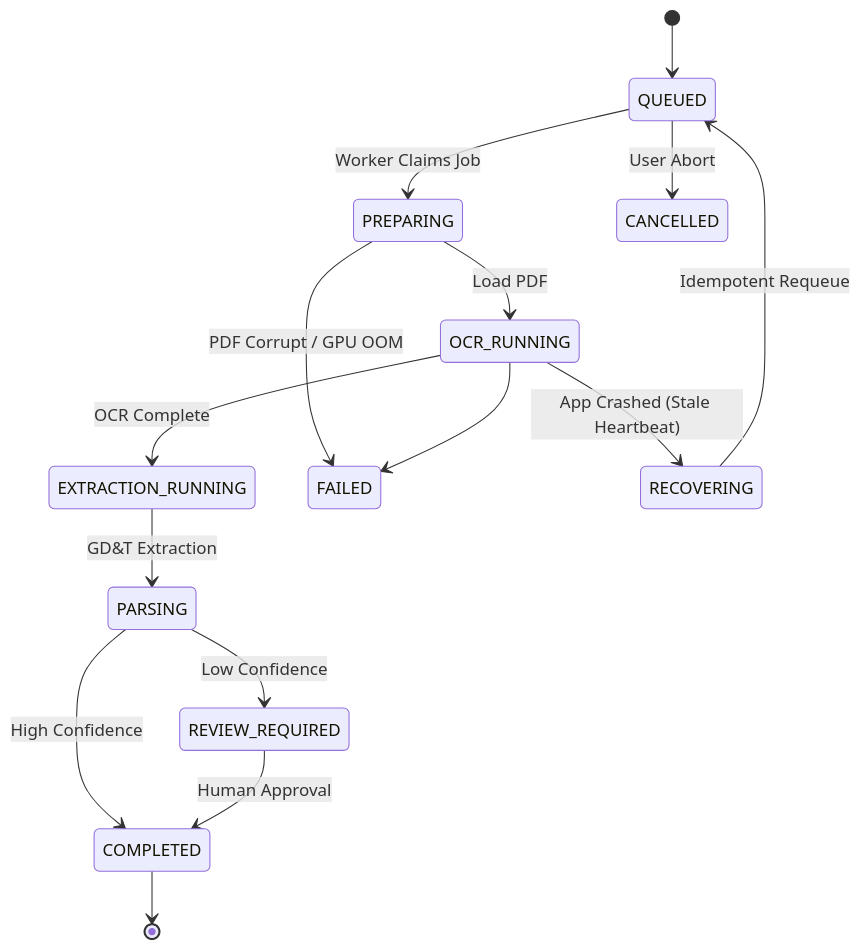
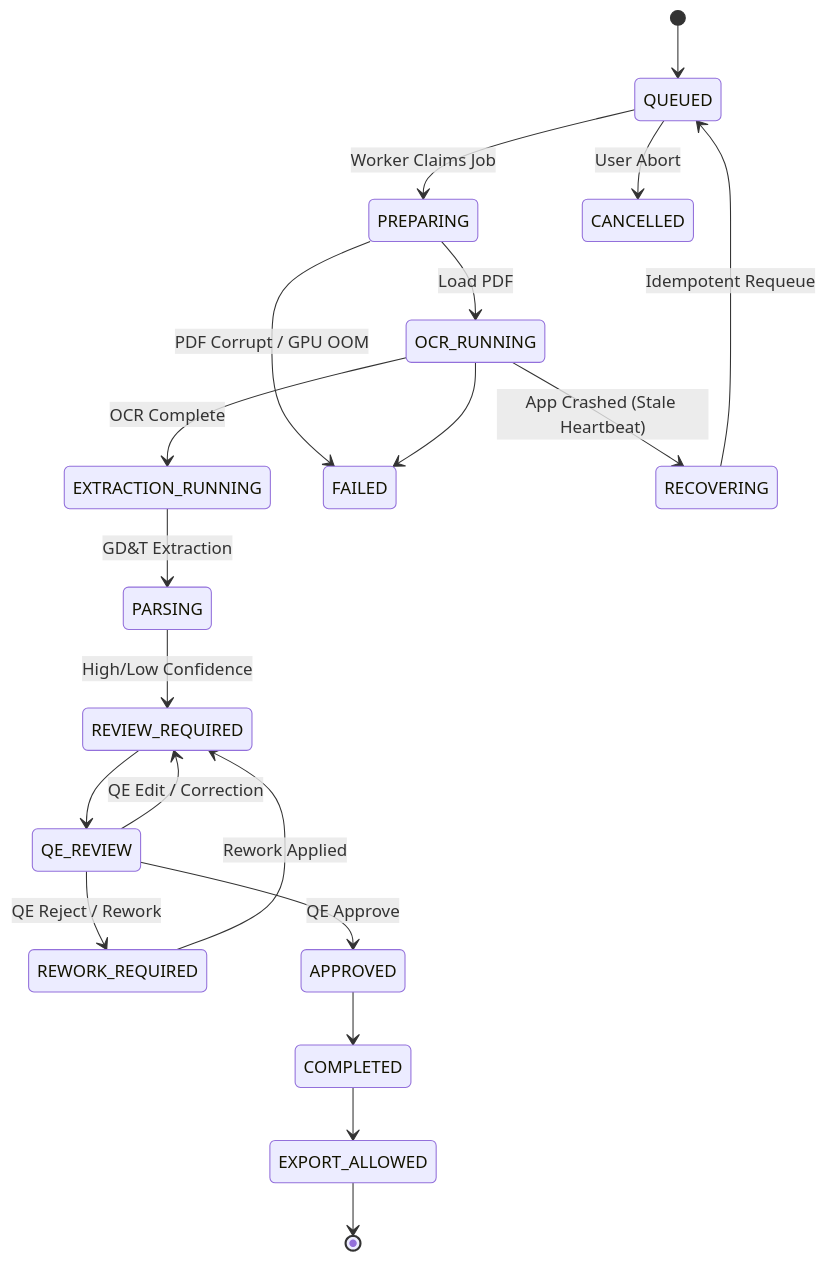
The fifth of 14 diagrams in Phase_3_Desktop_System_Architecture.md (LoonistApp/Loonist), drawn with Mermaid before and after one commit. The commit also changed other lines of this file and 3 other files, not shown here.

Commit message:
Design the complete architecture

````diff
--- a/Phase_3_Desktop_System_Architecture.md
+++ b/Phase_3_Desktop_System_Architecture.md
@@ -206,19 +206,25 @@
 ```mermaid
 stateDiagram-v2
     [*] --> QUEUED
     QUEUED --> PREPARING : Worker Claims Job
     PREPARING --> OCR_RUNNING : Load PDF
     OCR_RUNNING --> EXTRACTION_RUNNING : OCR Complete
     EXTRACTION_RUNNING --> PARSING : GD&T Extraction
-    PARSING --> REVIEW_REQUIRED : Low Confidence
-    PARSING --> COMPLETED : High Confidence
-    REVIEW_REQUIRED --> COMPLETED : Human Approval
+    PARSING --> REVIEW_REQUIRED : High/Low Confidence
+    
+    REVIEW_REQUIRED --> QE_REVIEW
+    QE_REVIEW --> REVIEW_REQUIRED : QE Edit / Correction
+    QE_REVIEW --> REWORK_REQUIRED : QE Reject / Rework
+    REWORK_REQUIRED --> REVIEW_REQUIRED : Rework Applied
+    QE_REVIEW --> APPROVED : QE Approve
+    APPROVED --> COMPLETED
+    COMPLETED --> EXPORT_ALLOWED
     
     QUEUED --> CANCELLED : User Abort
     PREPARING --> FAILED : PDF Corrupt / GPU OOM
     OCR_RUNNING --> FAILED
     
     OCR_RUNNING --> RECOVERING : App Crashed (Stale Heartbeat)
     RECOVERING --> QUEUED : Idempotent Requeue
-    COMPLETED --> [*]
+    EXPORT_ALLOWED --> [*]
 ```
````
